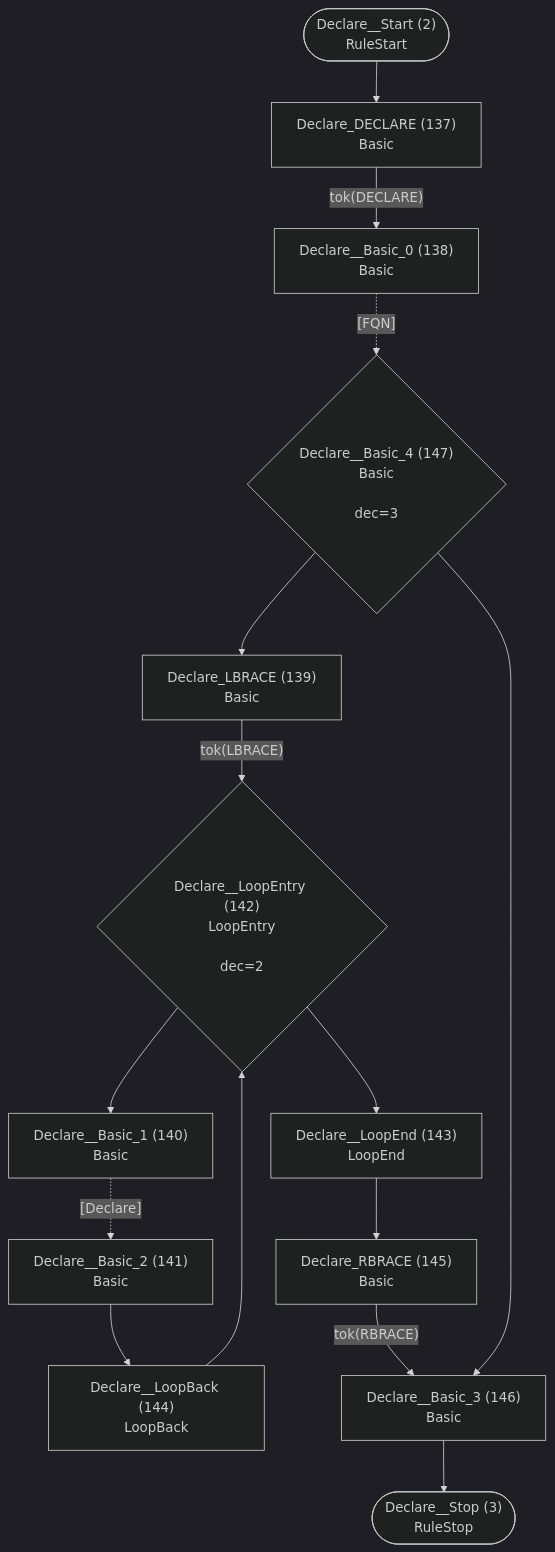
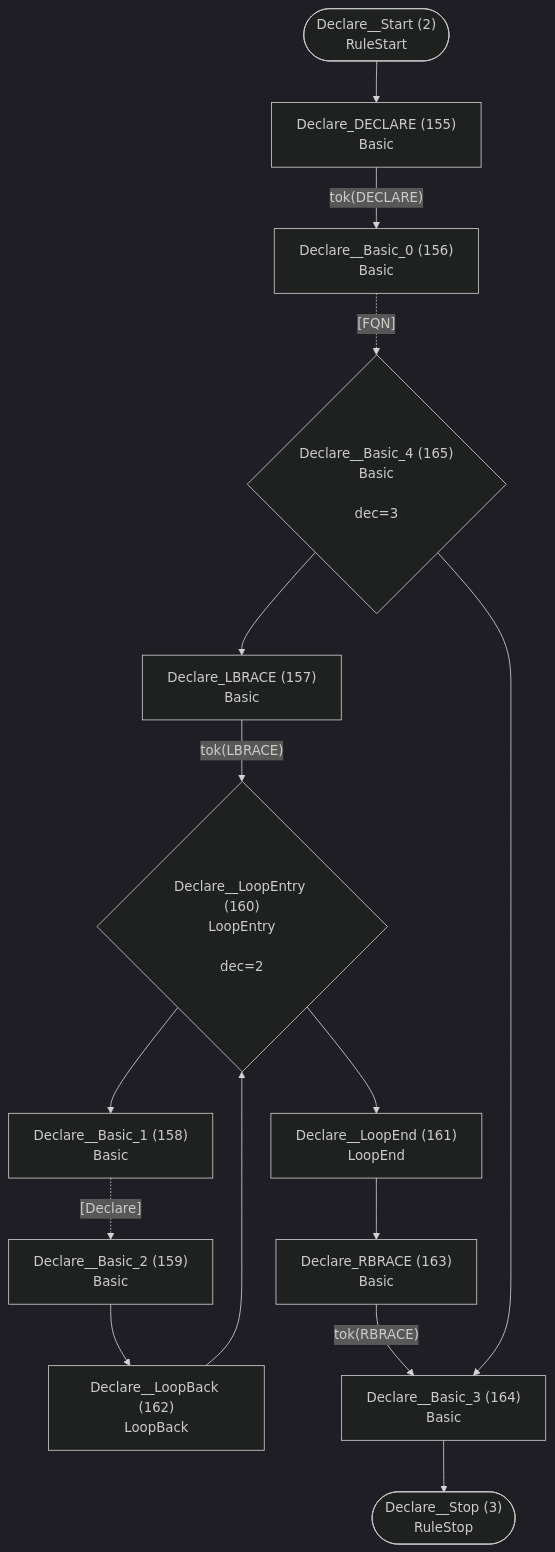
Before and after one commit to TypeFox/fastbelt: the second of 46 diagrams in internal/languages/completion/atn.md, drawn with Mermaid (dark theme). The commit also changed other lines of this file and 41 other files, not shown here.

````diff
--- a/internal/languages/completion/atn.md
+++ b/internal/languages/completion/atn.md
@@ -150,31 +170,31 @@
 ```mermaid
 flowchart TD
     q2(["Declare__Start (2)<br/>RuleStart"])
     q3(["Declare__Stop (3)<br/>RuleStop"])
-    q137["Declare_DECLARE (137)<br/>Basic<br/>"]
-    q138["Declare__Basic_0 (138)<br/>Basic<br/>"]
-    q139["Declare_LBRACE (139)<br/>Basic<br/>"]
-    q140["Declare__Basic_1 (140)<br/>Basic<br/>"]
-    q141["Declare__Basic_2 (141)<br/>Basic<br/>"]
-    q142{"Declare__LoopEntry (142)<br/>LoopEntry<br/><br/>dec=2"}
-    q143["Declare__LoopEnd (143)<br/>LoopEnd<br/>"]
-    q144["Declare__LoopBack (144)<br/>LoopBack<br/>"]
-    q145["Declare_RBRACE (145)<br/>Basic<br/>"]
-    q146["Declare__Basic_3 (146)<br/>Basic<br/>"]
-    q147{"Declare__Basic_4 (147)<br/>Basic<br/><br/>dec=3"}
+    q155["Declare_DECLARE (155)<br/>Basic<br/>"]
+    q156["Declare__Basic_0 (156)<br/>Basic<br/>"]
+    q157["Declare_LBRACE (157)<br/>Basic<br/>"]
+    q158["Declare__Basic_1 (158)<br/>Basic<br/>"]
+    q159["Declare__Basic_2 (159)<br/>Basic<br/>"]
+    q160{"Declare__LoopEntry (160)<br/>LoopEntry<br/><br/>dec=2"}
+    q161["Declare__LoopEnd (161)<br/>LoopEnd<br/>"]
+    q162["Declare__LoopBack (162)<br/>LoopBack<br/>"]
+    q163["Declare_RBRACE (163)<br/>Basic<br/>"]
+    q164["Declare__Basic_3 (164)<br/>Basic<br/>"]
+    q165{"Declare__Basic_4 (165)<br/>Basic<br/><br/>dec=3"}
 
-    q2 --> q137
-    q137 -->|"tok(DECLARE)"| q138
-    q138 -.->|"[FQN]"| q147
-    q139 -->|"tok(LBRACE)"| q142
-    q140 -.->|"[Declare]"| q141
-    q141 --> q144
-    q142 --> q140
-    q142 --> q143
-    q143 --> q145
-    q144 --> q142
-    q145 -->|"tok(RBRACE)"| q146
-    q146 --> q3
-    q147 --> q139
-    q147 --> q146
+    q2 --> q155
+    q155 -->|"tok(DECLARE)"| q156
+    q156 -.->|"[FQN]"| q165
+    q157 -->|"tok(LBRACE)"| q160
+    q158 -.->|"[Declare]"| q159
+    q159 --> q162
+    q160 --> q158
+    q160 --> q161
+    q161 --> q163
+    q162 --> q160
+    q163 -->|"tok(RBRACE)"| q164
+    q164 --> q3
+    q165 --> q157
+    q165 --> q164
 ```
````
